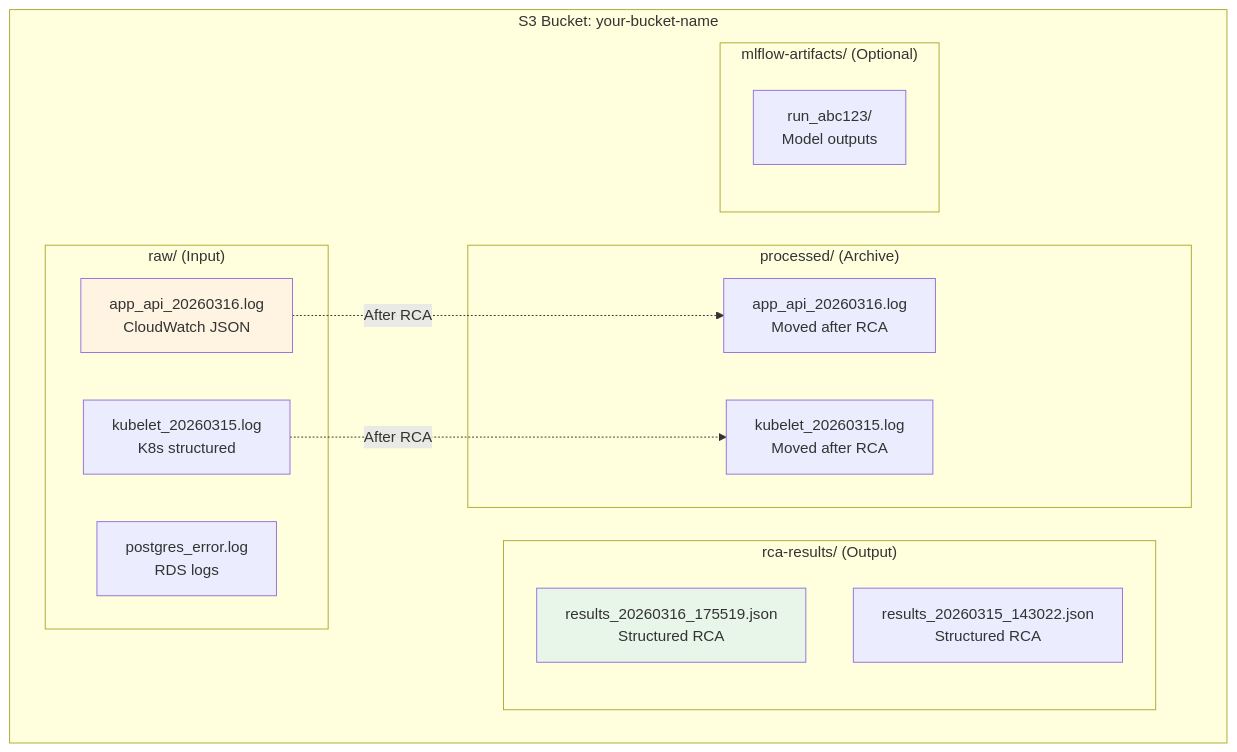
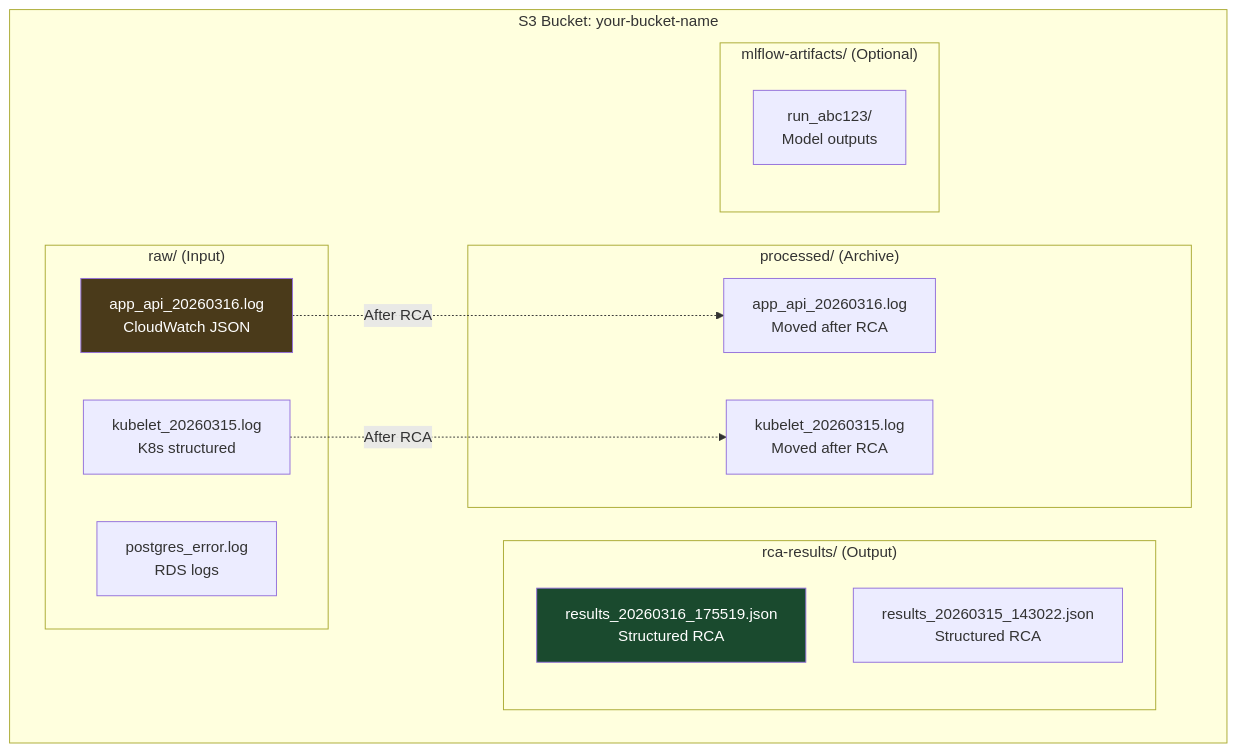
One commit to nasim-raj-laskar/InfraMind changed the seventh of 16 diagrams in README.md. Above: the diagram before and after it, drawn with Mermaid. The commit also changed other lines of this file and 1 other file, not shown here.

````diff
--- a/README.md
+++ b/README.md
@@ -493,30 +463,30 @@
 ```mermaid
 graph TB
     subgraph "S3 Bucket: your-bucket-name"
         subgraph "raw/ (Input)"
             RAW1["app_api_20260316.log<br/>CloudWatch JSON"]
             RAW2["kubelet_20260315.log<br/>K8s structured"]
             RAW3["postgres_error.log<br/>RDS logs"]
         end
         
         subgraph "processed/ (Archive)"
             PROC1["app_api_20260316.log<br/>Moved after RCA"]
             PROC2["kubelet_20260315.log<br/>Moved after RCA"]
         end
         
         subgraph "rca-results/ (Output)"
             RCA1["results_20260316_175519.json<br/>Structured RCA"]
             RCA2["results_20260315_143022.json<br/>Structured RCA"]
         end
         
         subgraph "mlflow-artifacts/ (Optional)"
             ARTIFACT1["run_abc123/<br/>Model outputs"]
         end
     end
     
     RAW1 -."After RCA".-> PROC1
     RAW2 -."After RCA".-> PROC2
     
-    style RAW1 fill:#fff4e1
-    style RCA1 fill:#e8f5e9
+    style RAW1 fill:#4a3a1a,color:#fff
+    style RCA1 fill:#1a4a2e,color:#fff
 ```
````
